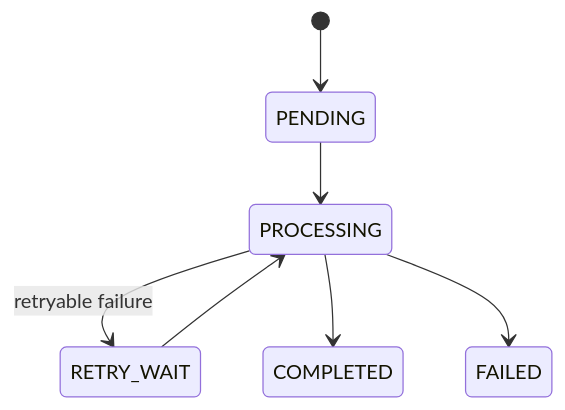
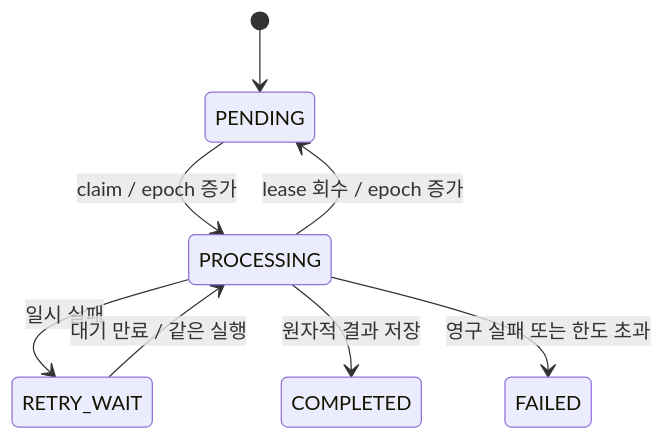
The second of 2 diagrams in README.md (mash-up-kr/spr1n6-osscontest-worker), drawn with Mermaid before and after one commit. The commit also changed other lines of this file and 45 other files, not shown here.

````diff
--- a/README.md
+++ b/README.md
@@ -130,9 +52,10 @@
 ```mermaid
 stateDiagram-v2
     [*] --> PENDING
-    PENDING --> PROCESSING
-    PROCESSING --> RETRY_WAIT: retryable failure
-    RETRY_WAIT --> PROCESSING
-    PROCESSING --> COMPLETED
-    PROCESSING --> FAILED
+    PENDING --> PROCESSING: claim / epoch 증가
+    PROCESSING --> RETRY_WAIT: 일시 실패
+    RETRY_WAIT --> PROCESSING: 대기 만료 / 같은 실행
+    PROCESSING --> COMPLETED: 원자적 결과 저장
+    PROCESSING --> FAILED: 영구 실패 또는 한도 초과
+    PROCESSING --> PENDING: lease 회수 / epoch 증가
 ```
````
